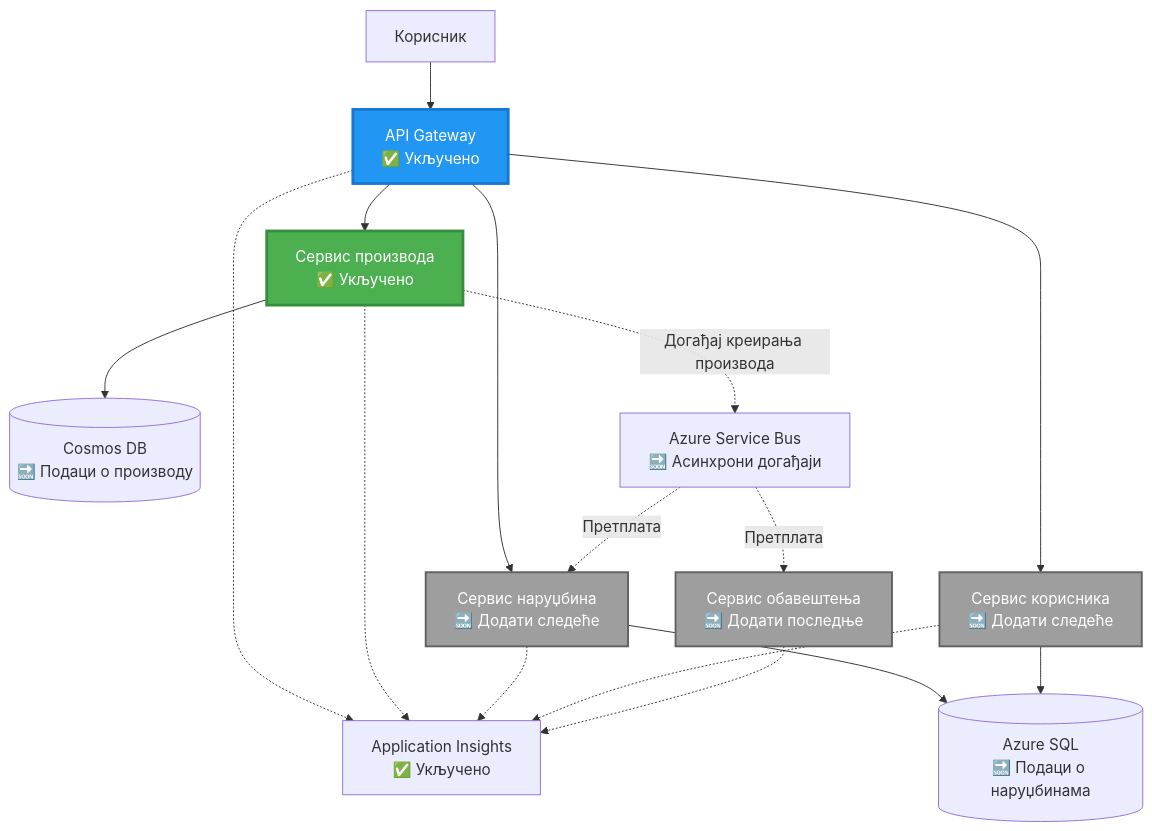
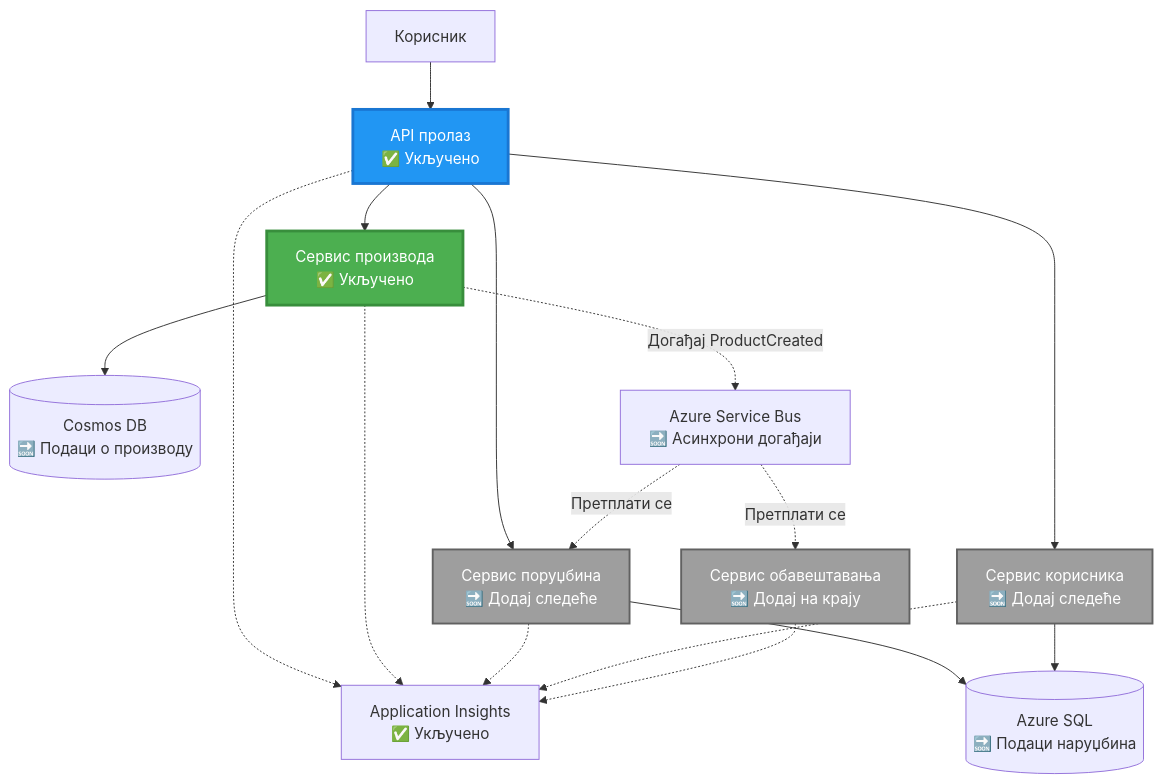
Before and after one commit to microsoft/AZD-for-beginners: the second of 4 diagrams in translations/sr/examples/microservices/README.md, drawn with Mermaid. The commit also changed other lines of this file and 242 other files, not shown here.

````diff
--- a/translations/sr/examples/microservices/README.md
+++ b/translations/sr/examples/microservices/README.md
@@ -78,39 +69,39 @@
 ```mermaid
 graph TB
     User[Корисник]
-    Gateway[API Gateway<br/>✅ Укључено]
+    Gateway[API пролаз<br/>✅ Укључено]
     Product[Сервис производа<br/>✅ Укључено]
-    Order[Сервис наруџбина<br/>🔜 Додати следеће]
-    UserSvc[Сервис корисника<br/>🔜 Додати следеће]
-    Notify[Сервис обавештења<br/>🔜 Додати последње]
+    Order[Сервис поруџбина<br/>🔜 Додај следеће]
+    UserSvc[Сервис корисника<br/>🔜 Додај следеће]
+    Notify[Сервис обавештавања<br/>🔜 Додај на крају]
     
     CosmosDB[(Cosmos DB<br/>🔜 Подаци о производу)]
-    AzureSQL[(Azure SQL<br/>🔜 Подаци о наруџбинама)]
+    AzureSQL[(Azure SQL<br/>🔜 Подаци наруџбина)]
     ServiceBus[Azure Service Bus<br/>🔜 Асинхрони догађаји]
     AppInsights[Application Insights<br/>✅ Укључено]
     
     User --> Gateway
     Gateway --> Product
     Gateway --> Order
     Gateway --> UserSvc
     
     Product --> CosmosDB
     Order --> AzureSQL
     UserSvc --> AzureSQL
     
-    Product -.->|Догађај креирања производа| ServiceBus
-    ServiceBus -.->|Претплата| Notify
-    ServiceBus -.->|Претплата| Order
+    Product -.->|Догађај ProductCreated| ServiceBus
+    ServiceBus -.->|Претплати се| Notify
+    ServiceBus -.->|Претплати се| Order
     
     Gateway -.-> AppInsights
     Product -.-> AppInsights
     Order -.-> AppInsights
     UserSvc -.-> AppInsights
     Notify -.-> AppInsights
     
     style Product fill:#4CAF50,stroke:#388E3C,stroke-width:3px,color:#fff
     style Gateway fill:#2196F3,stroke:#1976D2,stroke-width:3px,color:#fff
     style Order fill:#9E9E9E,stroke:#616161,stroke-width:2px,color:#fff
     style UserSvc fill:#9E9E9E,stroke:#616161,stroke-width:2px,color:#fff
     style Notify fill:#9E9E9E,stroke:#616161,stroke-width:2px,color:#fff
 ```
````
